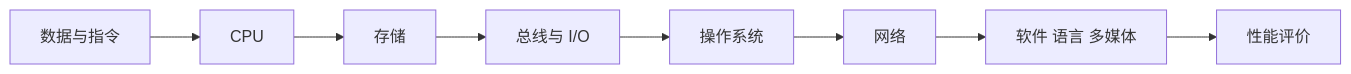
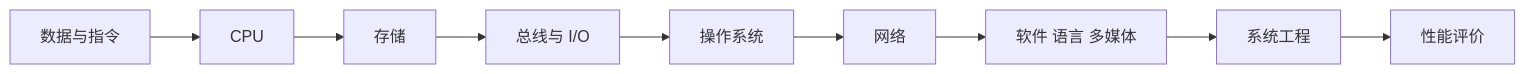
One commit to 74262195/system-architect-notes changed the diagram in 01_综合知识/01_计算机系统基础知识/计算机系统基础-考前速记.md. Above: the diagram before and after it, drawn with Mermaid. The commit also changed other lines of this file and 2 other files, not shown here.

````diff
--- a/01_综合知识/01_计算机系统基础知识/计算机系统基础-考前速记.md
+++ b/01_综合知识/01_计算机系统基础知识/计算机系统基础-考前速记.md
@@ -34,10 +35,11 @@
 ```mermaid
 flowchart LR
     A[数据与指令] --> B[CPU]
     B --> C[存储]
     C --> D[总线与 I/O]
     D --> E[操作系统]
     E --> F[网络]
     F --> G[软件 语言 多媒体]
-    G --> H[性能评价]
+    G --> H[系统工程]
+    H --> I[性能评价]
 ```
````
